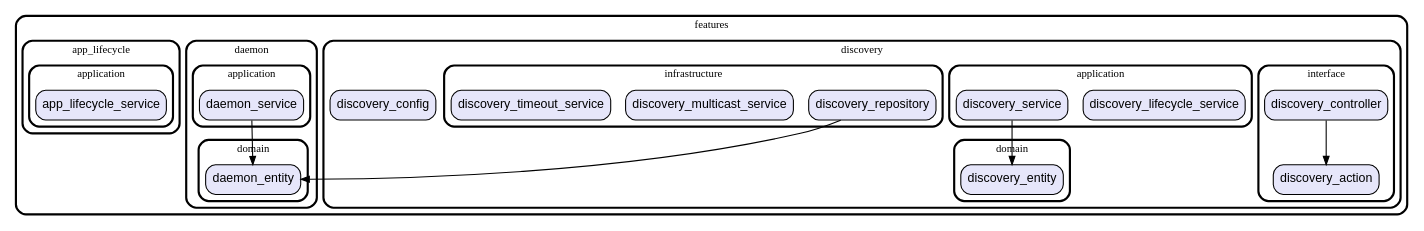
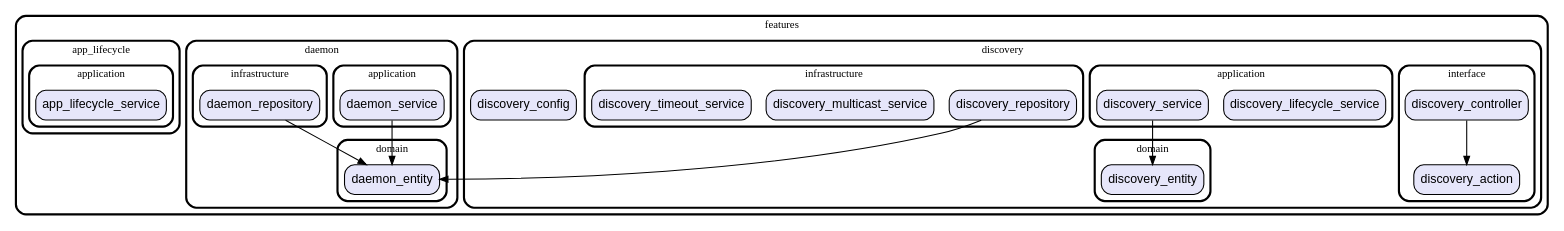
The diagram in graph/lib/features.dot (gev/reacthome-mobile), drawn with Graphviz before and after one commit. The commit also changed 4 other files, not shown here.

Commit message:
update the graph

```diff
--- a/graph/lib/features.dot
+++ b/graph/lib/features.dot
@@ -1,66 +1,72 @@
 digraph "" {
   graph [style=rounded fontname="Arial Black" fontsize=13 penwidth=2.6];
   node [shape=rect style="filled,rounded" fontname=Arial fontsize=15 fillcolor=Lavender penwidth=1.3];
   edge [penwidth=1.3];
   "/discovery/interface/discovery_controller.dart" [label="discovery_controller"];
   "/discovery/interface/discovery_action.dart" [label="discovery_action"];
   "/discovery/discovery_config.dart" [label="discovery_config"];
   "/discovery/application/discovery_lifecycle_service.dart" [label="discovery_lifecycle_service"];
   "/discovery/application/discovery_service.dart" [label="discovery_service"];
   "/discovery/infrastructure/discovery_repository.dart" [label="discovery_repository"];
   "/discovery/infrastructure/discovery_multicast_service.dart" [label="discovery_multicast_service"];
   "/discovery/infrastructure/discovery_timeout_service.dart" [label="discovery_timeout_service"];
   "/discovery/domain/discovery_entity.dart" [label="discovery_entity"];
   "/daemon/application/daemon_service.dart" [label="daemon_service"];
+  "/daemon/infrastructure/daemon_repository.dart" [label="daemon_repository"];
   "/daemon/domain/daemon_entity.dart" [label="daemon_entity"];
   "/app_lifecycle/application/app_lifecycle_service.dart" [label="app_lifecycle_service"];
   subgraph "cluster~" {
     label="features";
     subgraph "cluster~/discovery" {
       label="discovery";
       "/discovery/discovery_config.dart";
       subgraph "cluster~/discovery/interface" {
         label="interface";
         "/discovery/interface/discovery_controller.dart";
         "/discovery/interface/discovery_action.dart";
       }
       subgraph "cluster~/discovery/application" {
         label="application";
         "/discovery/application/discovery_lifecycle_service.dart";
         "/discovery/application/discovery_service.dart";
       }
       subgraph "cluster~/discovery/infrastructure" {
         label="infrastructure";
         "/discovery/infrastructure/discovery_repository.dart";
         "/discovery/infrastructure/discovery_multicast_service.dart";
         "/discovery/infrastructure/discovery_timeout_service.dart";
       }
       subgraph "cluster~/discovery/domain" {
         label="domain";
         "/discovery/domain/discovery_entity.dart";
       }
     }
     subgraph "cluster~/daemon" {
       label="daemon";
       subgraph "cluster~/daemon/application" {
         label="application";
         "/daemon/application/daemon_service.dart";
       }
+      subgraph "cluster~/daemon/infrastructure" {
+        label="infrastructure";
+        "/daemon/infrastructure/daemon_repository.dart";
+      }
       subgraph "cluster~/daemon/domain" {
         label="domain";
         "/daemon/domain/daemon_entity.dart";
       }
     }
     subgraph "cluster~/app_lifecycle" {
       label="app_lifecycle";
       subgraph "cluster~/app_lifecycle/application" {
         label="application";
         "/app_lifecycle/application/app_lifecycle_service.dart";
       }
     }
   }
   "/discovery/interface/discovery_controller.dart" -> "/discovery/interface/discovery_action.dart";
   "/discovery/application/discovery_service.dart" -> "/discovery/domain/discovery_entity.dart";
   "/discovery/infrastructure/discovery_repository.dart" -> "/daemon/domain/daemon_entity.dart";
   "/daemon/application/daemon_service.dart" -> "/daemon/domain/daemon_entity.dart";
+  "/daemon/infrastructure/daemon_repository.dart" -> "/daemon/domain/daemon_entity.dart";
 }
```
